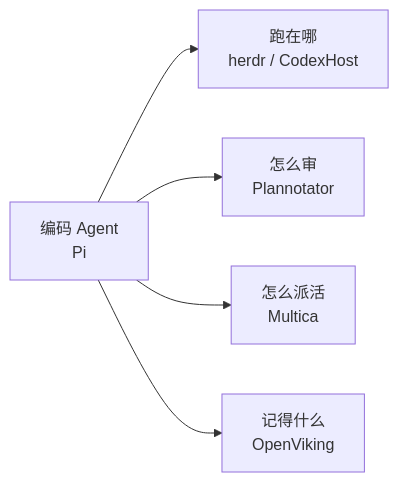
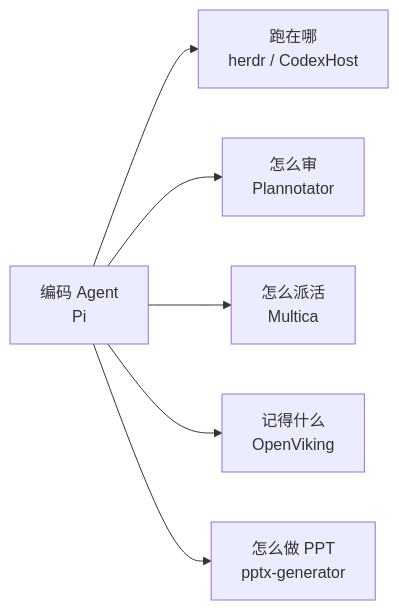
The diagram in content/post/awesome-open-source-repos/index.md (GODVvVZzz/godvvvzzz.github.io), drawn with Mermaid before and after one commit. The commit also changed other lines of this file and 1 other file, not shown here.

Commit message:
content: add MiniMax pptx-generator skill to open-source repos

````diff
--- a/content/post/awesome-open-source-repos/index.md
+++ b/content/post/awesome-open-source-repos/index.md
@@ -25,7 +25,8 @@
 ```mermaid
 flowchart LR
     A["编码 Agent<br/>Pi"] --> B["跑在哪<br/>herdr / CodexHost"]
     A --> C["怎么审<br/>Plannotator"]
     A --> D["怎么派活<br/>Multica"]
     A --> E["记得什么<br/>OpenViking"]
+    A --> F["怎么做 PPT<br/>pptx-generator"]
 ```
````
